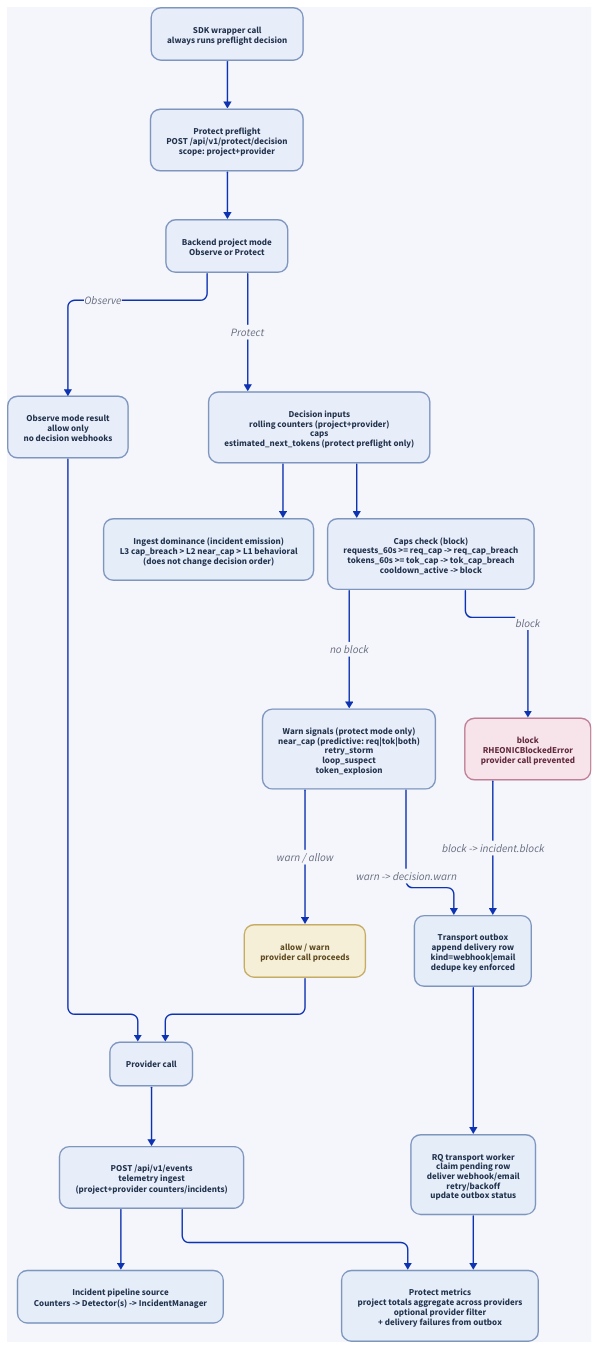
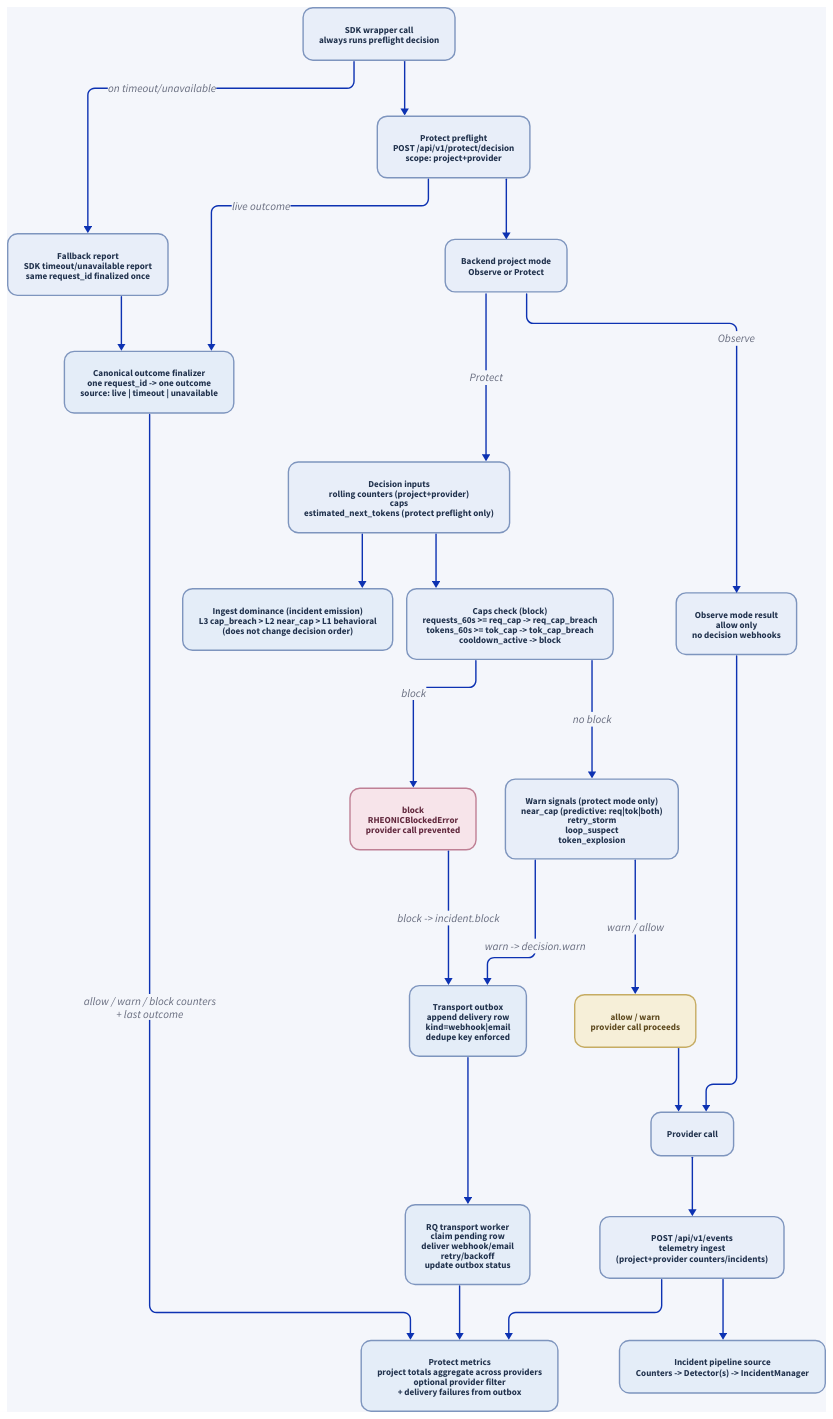
The diagram in docs/architecture/protect_decision_flow.d2 (MichaelTelvin/Rheonic), drawn with D2 before and after one commit. The commit also changed 9 other files, not shown here.

```diff
--- a/docs/architecture/protect_decision_flow.d2
+++ b/docs/architecture/protect_decision_flow.d2
@@ -162,6 +162,26 @@
   }
 }
 
+finalizer: "Canonical outcome finalizer\none request_id -> one outcome\nsource: live | timeout | unavailable" {
+  style: {
+    fill: "#e4edf8"
+    stroke: "#7e95be"
+    font-color: "#21324d"
+    border-radius: 14
+    font-size: 13
+  }
+}
+
+fallback_report: "Fallback report\nSDK timeout/unavailable report\nsame request_id finalized once" {
+  style: {
+    fill: "#e8eef9"
+    stroke: "#7e95be"
+    font-color: "#21324d"
+    border-radius: 14
+    font-size: 13
+  }
+}
+
 sdk_call -> preflight
 preflight -> mode_gate
 mode_gate -> observe: "Observe"
@@ -175,11 +195,15 @@
 warn_signals -> transport_outbox: "warn -> decision.warn"
 block -> transport_outbox: "block -> incident.block"
 allow_warn -> provider
+preflight -> finalizer: "live outcome"
+sdk_call -> fallback_report: "on timeout/unavailable"
+fallback_report -> finalizer
 provider -> ingest
 transport_outbox -> transport_worker
 transport_worker -> metrics
 ingest -> incident_pipeline
 ingest -> metrics
+finalizer -> metrics: "allow / warn / block counters\n+ last outcome"
 observe: "Observe mode result\nallow only\nno decision webhooks" {
   style: {
     fill: "#e8eef9"
```
